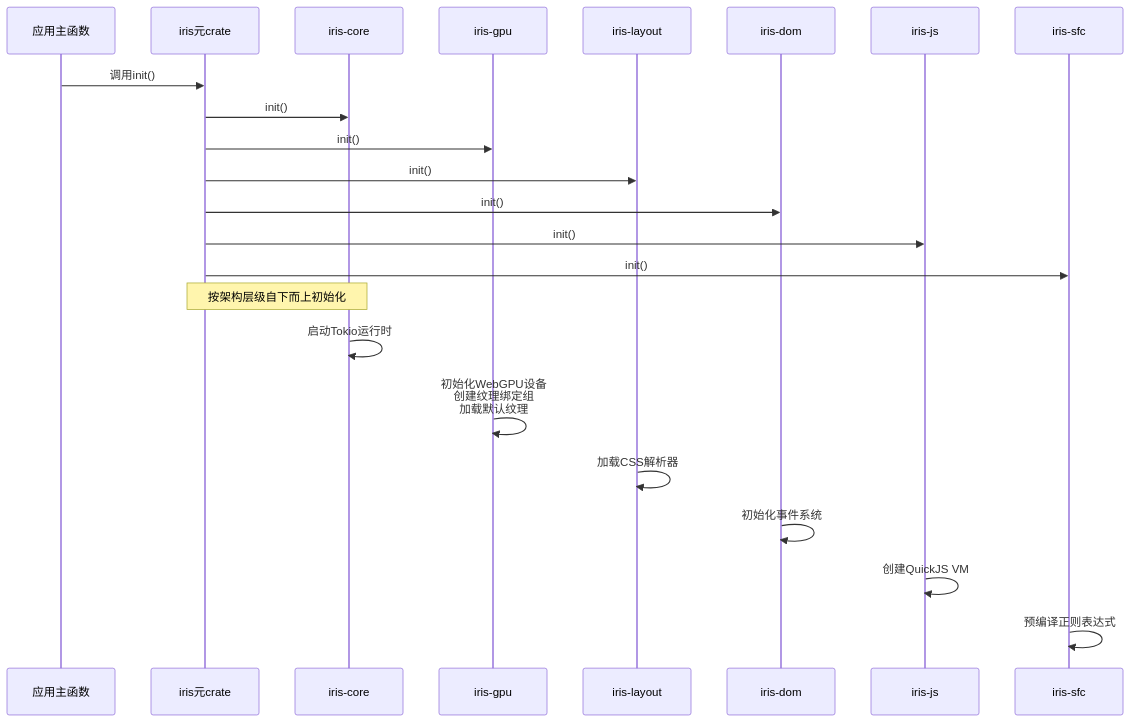
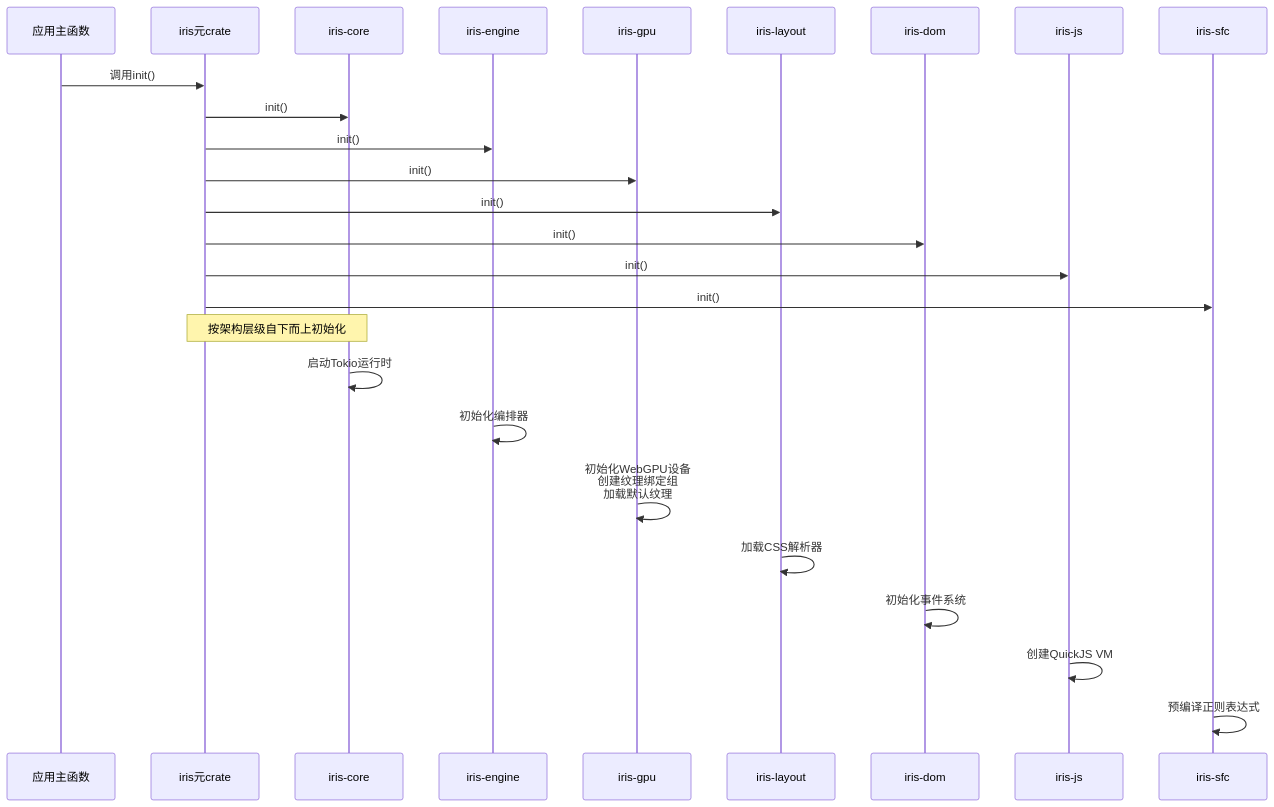
Before and after one commit to itszzl-sudo/iris: the third of 20 diagrams in .qoder/repowiki/zh/content/技术架构详解/整体架构设计/Rust工作区架构.md, drawn with Mermaid. The commit also changed other lines of this file and 11 other files, not shown here.

First line of the commit message:
feat: 实现 iris-jetcrab-engine WASM 导出接口

````diff
--- a/.qoder/repowiki/zh/content/技术架构详解/整体架构设计/Rust工作区架构.md
+++ b/.qoder/repowiki/zh/content/技术架构详解/整体架构设计/Rust工作区架构.md
@@ -159,25 +187,28 @@
 ```mermaid
 sequenceDiagram
 participant Main as 应用主函数
 participant Meta as iris元crate
 participant Core as iris-core
+participant Engine as iris-engine
 participant GPU as iris-gpu
 participant Layout as iris-layout
 participant Dom as iris-dom
 participant Js as iris-js
 participant Sfc as iris-sfc
 Main->>Meta : 调用init()
 Meta->>Core : init()
+Meta->>Engine : init()
 Meta->>GPU : init()
 Meta->>Layout : init()
 Meta->>Dom : init()
 Meta->>Js : init()
 Meta->>Sfc : init()
 Note over Core,Meta : 按架构层级自下而上初始化
 Core->>Core : 启动Tokio运行时
+Engine->>Engine : 初始化编排器
 GPU->>GPU : 初始化WebGPU设备<br/>创建纹理绑定组<br/>加载默认纹理
 Layout->>Layout : 加载CSS解析器
 Dom->>Dom : 初始化事件系统
 Js->>Js : 创建QuickJS VM
 Sfc->>Sfc : 预编译正则表达式
 ```
````
